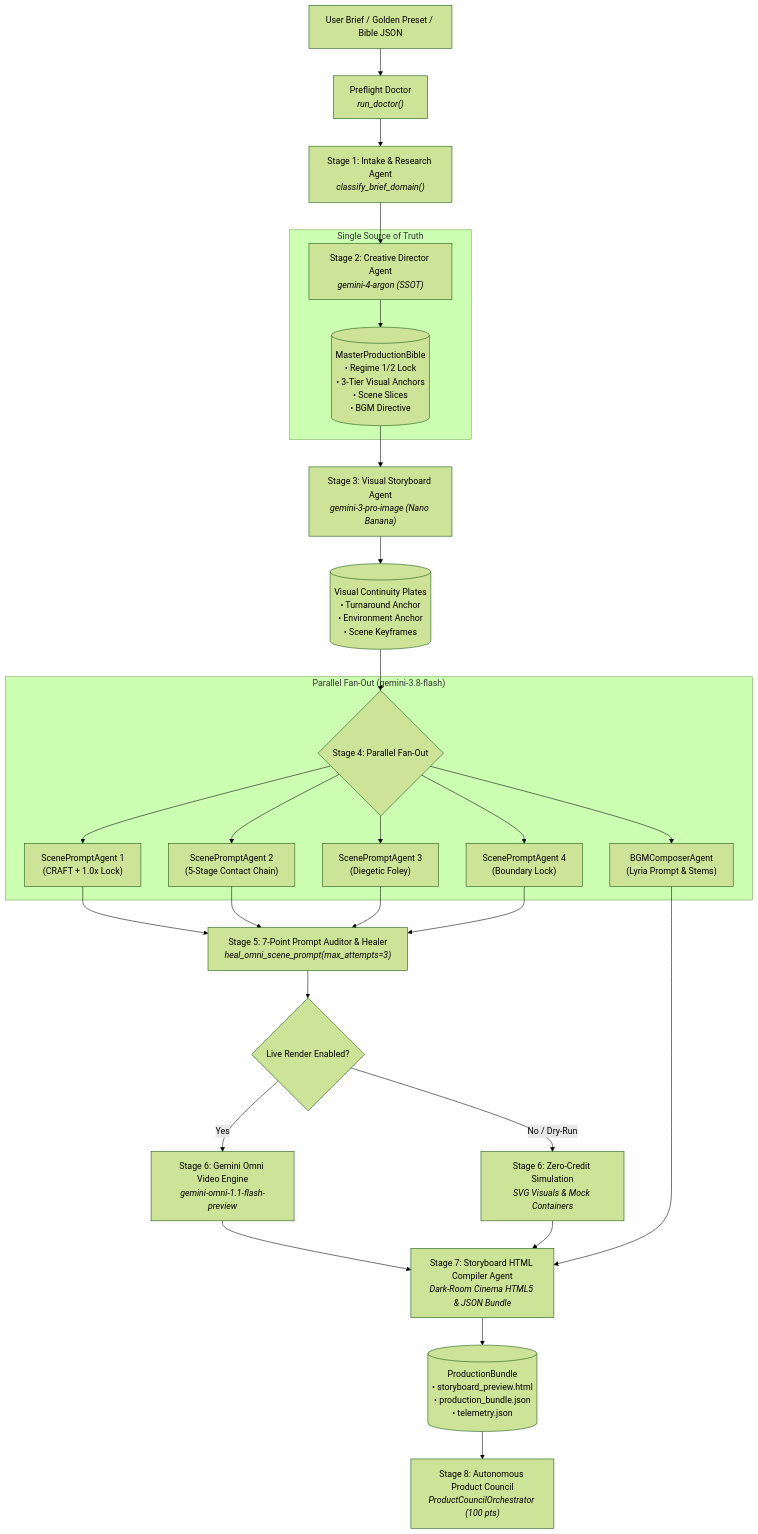
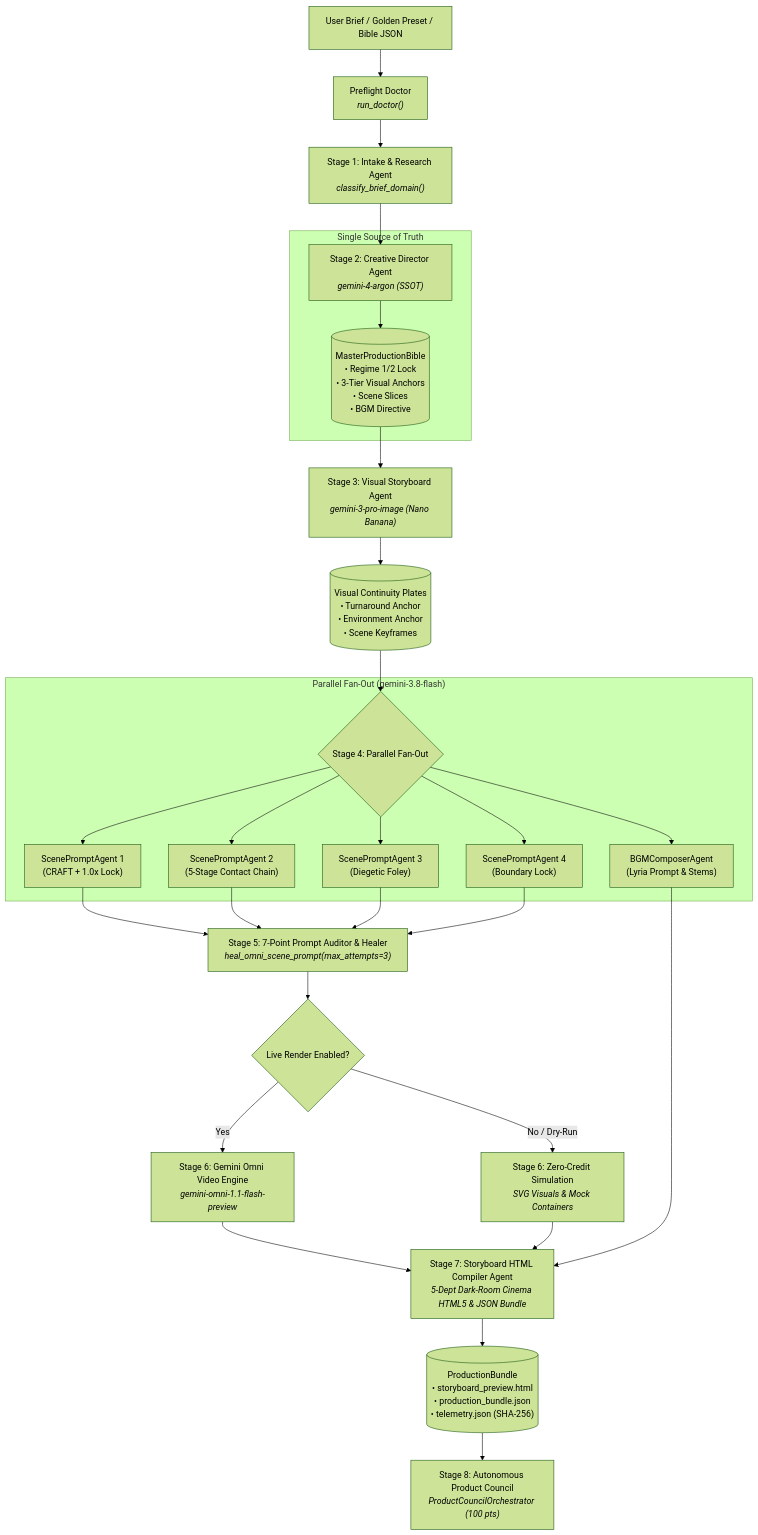
The diagram in README.md (spiralspectra/omniskill), drawn with Mermaid (forest theme) before and after one commit. The commit also changed other lines of this file and 185 other files, not shown here.

````diff
--- a/README.md
+++ b/README.md
@@ -47,34 +47,34 @@
 ```mermaid
 flowchart TD
     User["User Brief / Golden Preset / Bible JSON"] --> Doctor["Preflight Doctor<br><i>run_doctor()</i>"]
     Doctor --> Intake["Stage 1: Intake & Research Agent<br><i>classify_brief_domain()</i>"]
     Intake --> Director["Stage 2: Creative Director Agent<br><i>gemini-4-argon (SSOT)</i>"]
-    
+
     subgraph SSoT ["Single Source of Truth"]
         Director --> Bible[("MasterProductionBible<br>• Regime 1/2 Lock<br>• 3-Tier Visual Anchors<br>• Scene Slices<br>• BGM Directive")]
     end
 
     Bible --> Visuals["Stage 3: Visual Storyboard Agent<br><i>gemini-3-pro-image (Nano Banana)</i>"]
     Visuals --> Plates[("Visual Continuity Plates<br>• Turnaround Anchor<br>• Environment Anchor<br>• Scene Keyframes")]
 
     Plates --> FanOut{"Stage 4: Parallel Fan-Out"}
-    
+
     subgraph ParallelFanOut ["Parallel Fan-Out (gemini-3.8-flash)"]
         FanOut --> S1["ScenePromptAgent 1<br>(CRAFT + 1.0x Lock)"]
         FanOut --> S2["ScenePromptAgent 2<br>(5-Stage Contact Chain)"]
         FanOut --> S3["ScenePromptAgent 3<br>(Diegetic Foley)"]
         FanOut --> S4["ScenePromptAgent 4<br>(Boundary Lock)"]
         FanOut --> BGM["BGMComposerAgent<br>(Lyria Prompt & Stems)"]
     end
 
     S1 & S2 & S3 & S4 --> Auditor["Stage 5: 7-Point Prompt Auditor & Healer<br><i>heal_omni_scene_prompt(max_attempts=3)</i>"]
     Auditor --> VideoGate{"Live Render Enabled?"}
-    
+
     VideoGate -- Yes --> OmniEngine["Stage 6: Gemini Omni Video Engine<br><i>gemini-omni-1.1-flash-preview</i>"]
     VideoGate -- No / Dry-Run --> SimEngine["Stage 6: Zero-Credit Simulation<br><i>SVG Visuals & Mock Containers</i>"]
 
-    OmniEngine & SimEngine & BGM --> Compiler["Stage 7: Storyboard HTML Compiler Agent<br><i>Dark-Room Cinema HTML5 & JSON Bundle</i>"]
-    Compiler --> Bundle[("ProductionBundle<br>• storyboard_preview.html<br>• production_bundle.json<br>• telemetry.json")]
+    OmniEngine & SimEngine & BGM --> Compiler["Stage 7: Storyboard HTML Compiler Agent<br><i>5-Dept Dark-Room Cinema HTML5 & JSON Bundle</i>"]
+    Compiler --> Bundle[("ProductionBundle<br>• storyboard_preview.html<br>• production_bundle.json<br>• telemetry.json (SHA-256)")]
 
     Bundle --> Council["Stage 8: Autonomous Product Council<br><i>ProductCouncilOrchestrator (100 pts)</i>"]
 ```
````
